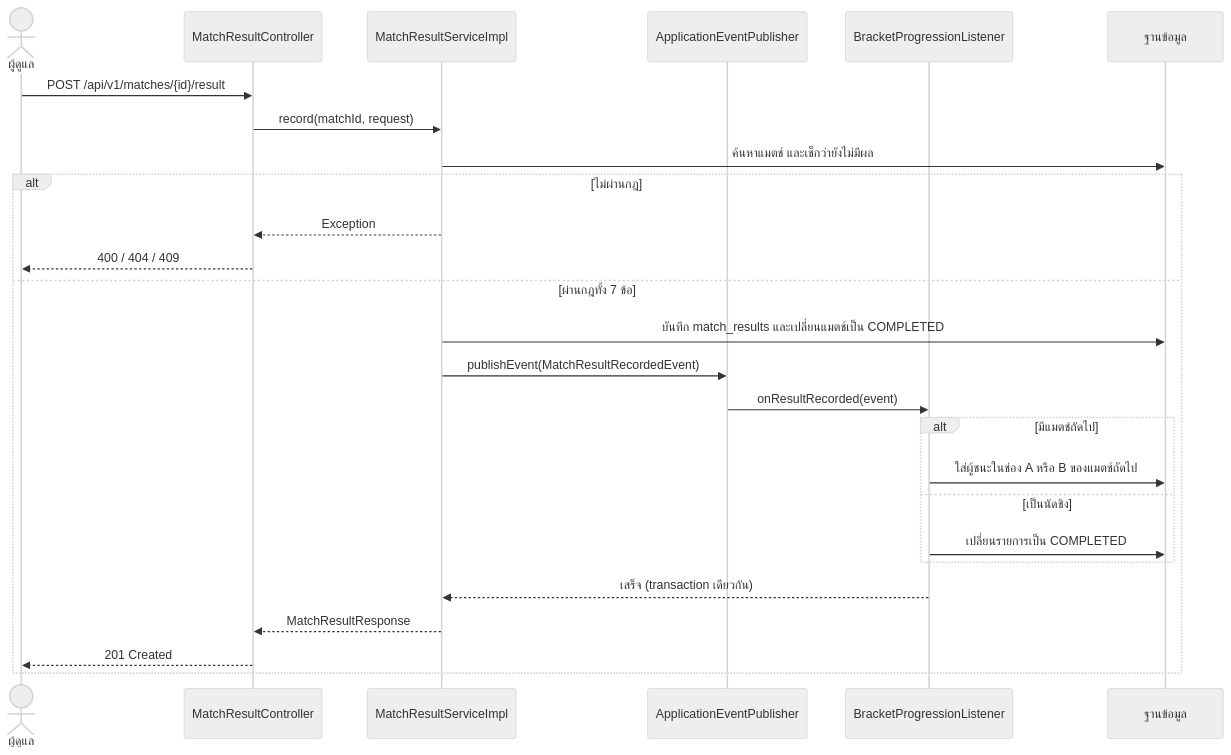
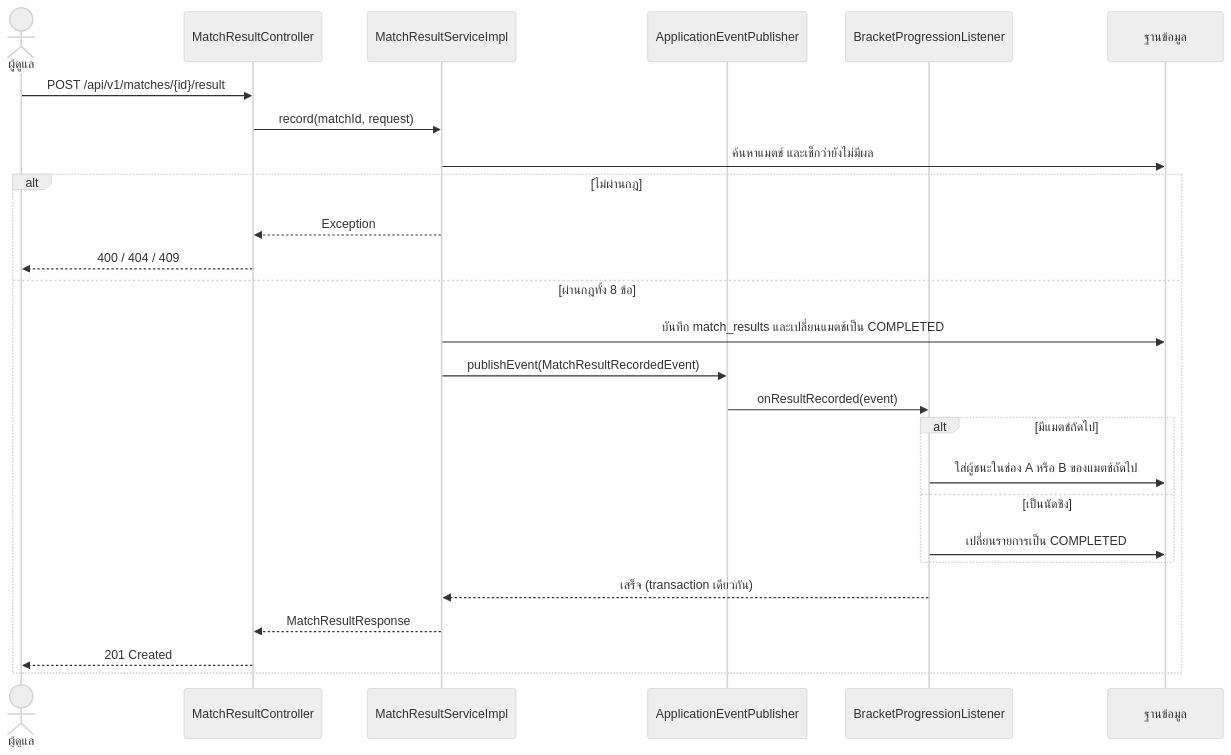
The third of 3 diagrams in doc/design-patterns.md (nattakron-png/How-to-Survive-This-Term), drawn with Mermaid (neutral theme) before and after one commit. The commit also changed 3 other files, not shown here.

````diff
--- a/doc/design-patterns.md
+++ b/doc/design-patterns.md
@@ -184,29 +184,29 @@
 ```mermaid
 sequenceDiagram
     actor A as ผู้ดูแล
     participant C as MatchResultController
     participant S as MatchResultServiceImpl
     participant P as ApplicationEventPublisher
     participant L as BracketProgressionListener
     participant DB as ฐานข้อมูล
 
     A->>C: POST /api/v1/matches/{id}/result
     C->>S: record(matchId, request)
     S->>DB: ค้นหาแมตช์ และเช็กว่ายังไม่มีผล
     alt ไม่ผ่านกฎ
         S-->>C: Exception
         C-->>A: 400 / 404 / 409
-    else ผ่านกฎทั้ง 7 ข้อ
+    else ผ่านกฎทั้ง 8 ข้อ
         S->>DB: บันทึก match_results และเปลี่ยนแมตช์เป็น COMPLETED
         S->>P: publishEvent(MatchResultRecordedEvent)
         P->>L: onResultRecorded(event)
         alt มีแมตช์ถัดไป
             L->>DB: ใส่ผู้ชนะในช่อง A หรือ B ของแมตช์ถัดไป
         else เป็นนัดชิง
             L->>DB: เปลี่ยนรายการเป็น COMPLETED
         end
         L-->>S: เสร็จ (transaction เดียวกัน)
         S-->>C: MatchResultResponse
         C-->>A: 201 Created
     end
 ```
````
